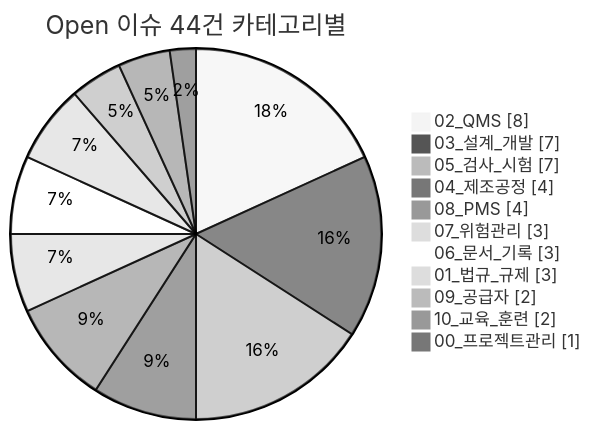
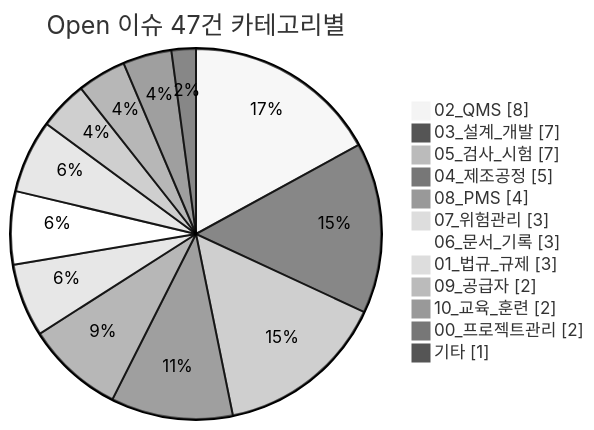
The fourth of 4 diagrams in README.md (holee9/MD-process), drawn with Mermaid (neutral theme) before and after one commit. The commit also changed other lines of this file, not shown here.

````diff
--- a/README.md
+++ b/README.md
@@ -172,15 +171,16 @@
 ```mermaid
 pie showData
-    title Open 이슈 44건 카테고리별
+    title Open 이슈 47건 카테고리별
     "02_QMS" : 8
     "03_설계_개발" : 7
     "05_검사_시험" : 7
-    "04_제조공정" : 4
+    "04_제조공정" : 5
     "08_PMS" : 4
     "07_위험관리" : 3
     "06_문서_기록" : 3
     "01_법규_규제" : 3
     "09_공급자" : 2
     "10_교육_훈련" : 2
-    "00_프로젝트관리" : 1
+    "00_프로젝트관리" : 2
+    "기타" : 1
 ```
````
